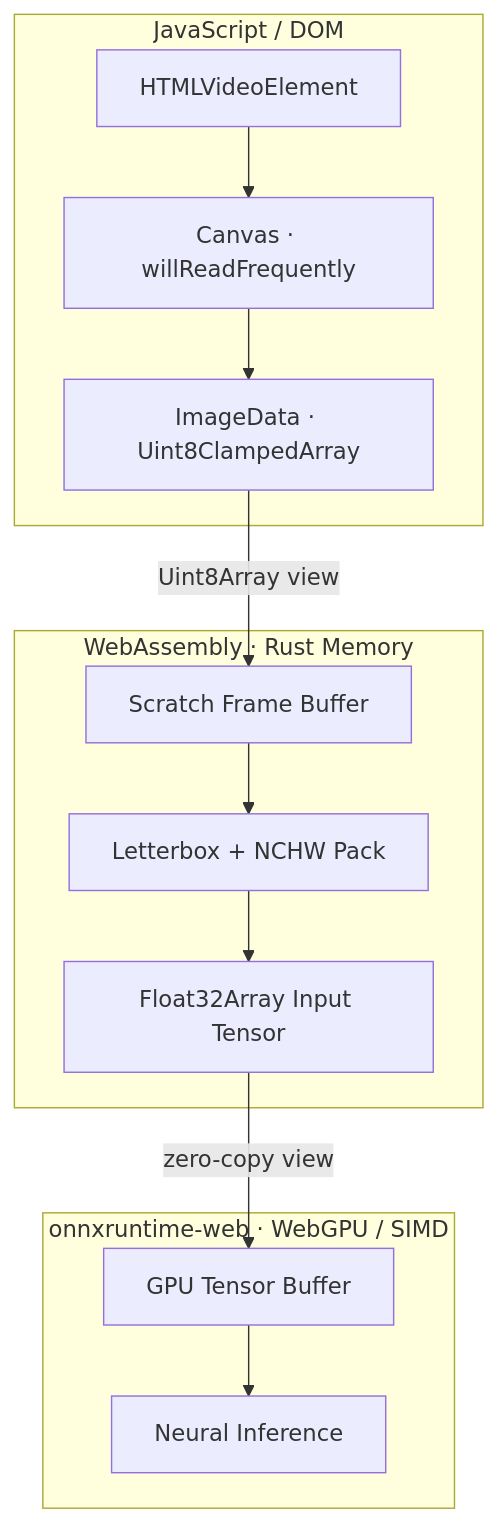
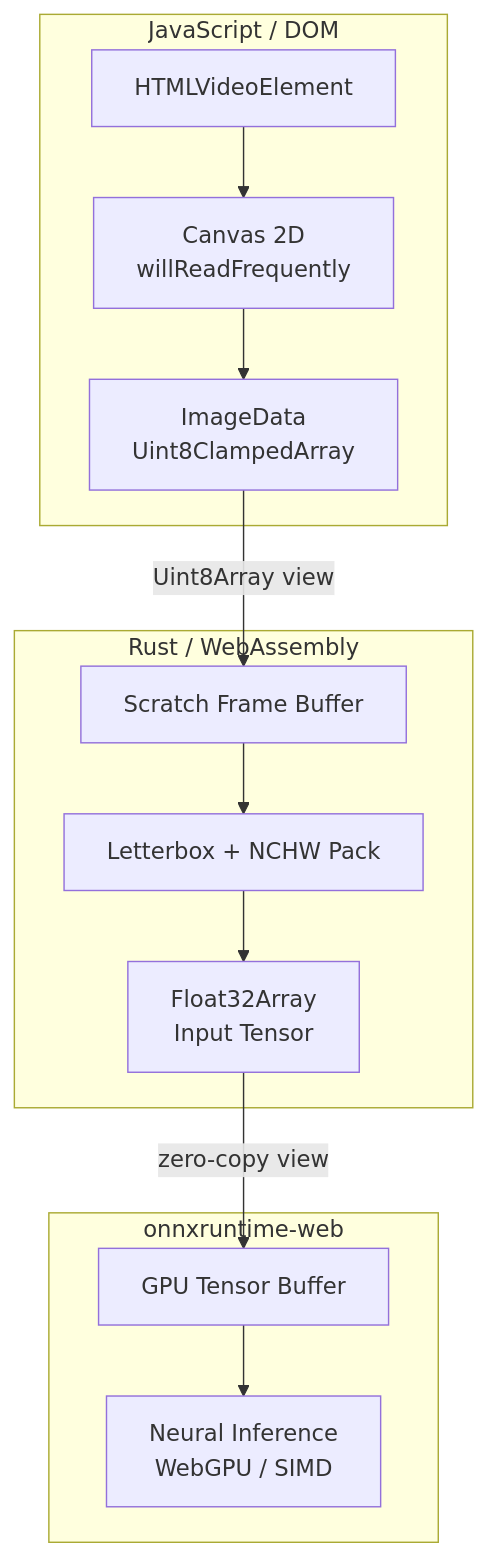
One commit to Abdullah-Masood-05/vigilo-wasm changed the diagram in docs/architecture/overview.md. Above: the diagram before and after it, drawn with Mermaid. The commit also changed 2 other files, not shown here.

Commit message:
docs: break long diagram labels onto two lines, shorten subgraph titles
Two-part labels such as "Canvas 2D / willReadFrequently" now carry an explicit
line break instead of relying on the renderer to wrap them, and the subgraph
titles are no longer wider than the nodes they wrap -- "onnxruntime-web · WebGPU
/ SIMD" overflowed its cluster border, so the backend detail moved into the
inference node where it fits.

````diff
--- a/docs/architecture/overview.md
+++ b/docs/architecture/overview.md
@@ -22,25 +22,25 @@
 ```mermaid
 graph TD
     subgraph JS ["JavaScript / DOM"]
         Video["HTMLVideoElement"]
-        Canvas["Canvas · willReadFrequently"]
-        RGBA["ImageData · Uint8ClampedArray"]
+        Canvas["Canvas 2D<br/>willReadFrequently"]
+        RGBA["ImageData<br/>Uint8ClampedArray"]
         Video --> Canvas --> RGBA
     end
 
-    subgraph WASM ["WebAssembly · Rust Memory"]
+    subgraph WASM ["Rust / WebAssembly"]
         Buffer["Scratch Frame Buffer"]
         Pre["Letterbox + NCHW Pack"]
-        OutTensor["Float32Array Input Tensor"]
+        OutTensor["Float32Array<br/>Input Tensor"]
         Buffer --> Pre --> OutTensor
     end
 
-    subgraph ORT ["onnxruntime-web · WebGPU / SIMD"]
+    subgraph ORT ["onnxruntime-web"]
         GpuBuff["GPU Tensor Buffer"]
-        Kernel["Neural Inference"]
+        Kernel["Neural Inference<br/>WebGPU / SIMD"]
         GpuBuff --> Kernel
     end
 
     RGBA -- "Uint8Array view" --> Buffer
     OutTensor -- "zero-copy view" --> GpuBuff
 ```
````
